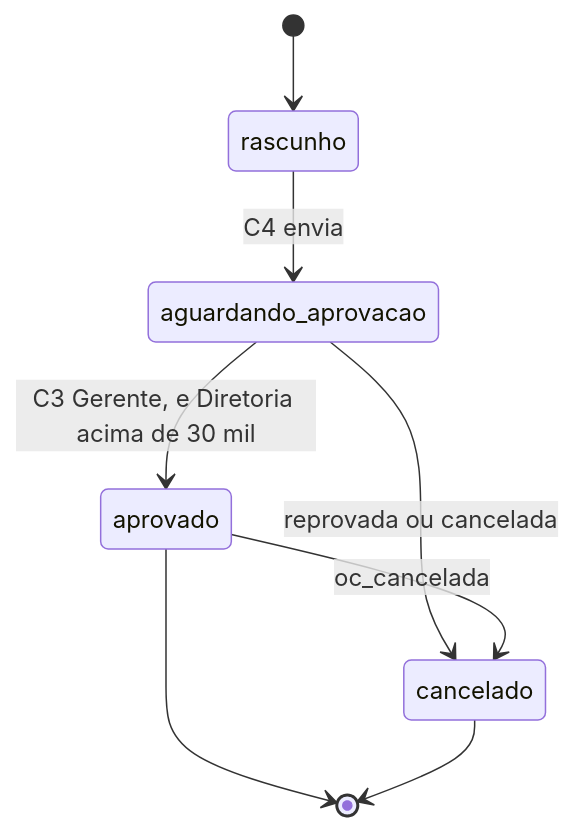
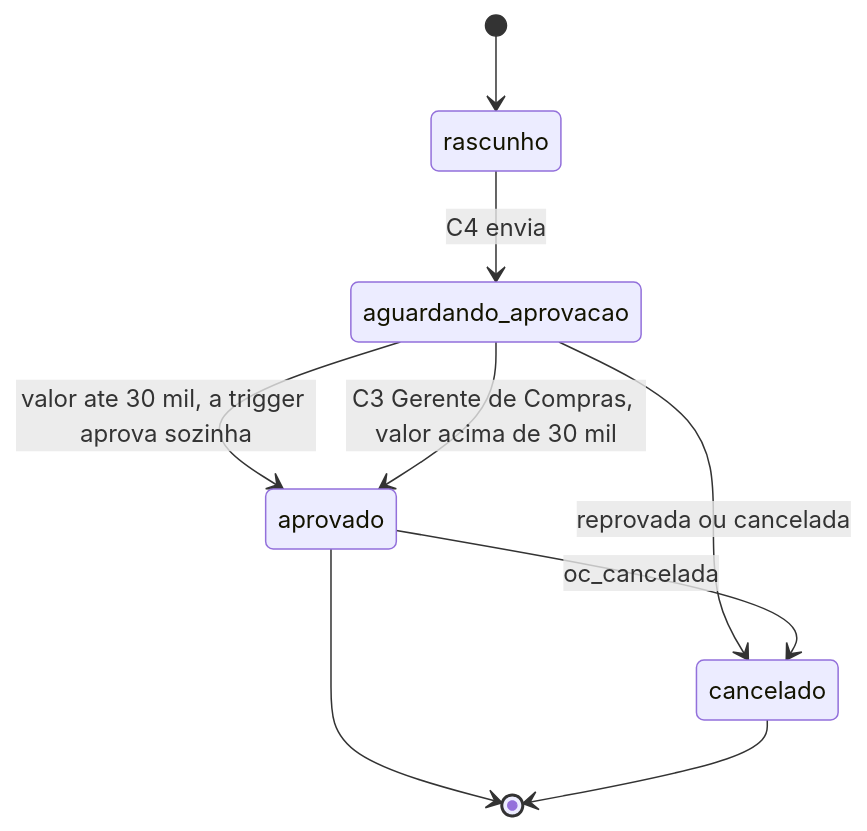
Before and after one commit to Acosvital/vault-avhub-mer: the ninth of 12 diagrams in 09-Diagramas/Estados.md, drawn with Mermaid. The commit also changed other lines of this file and 34 other files, not shown here.

````diff
--- a/09-Diagramas/Estados.md
+++ b/09-Diagramas/Estados.md
@@ -182,10 +182,11 @@
 ```mermaid
 stateDiagram-v2
     [*] --> rascunho
     rascunho --> aguardando_aprovacao : C4 envia
-    aguardando_aprovacao --> aprovado : C3 Gerente, e Diretoria acima de 30 mil
+    aguardando_aprovacao --> aprovado : valor ate 30 mil, a trigger aprova sozinha
+    aguardando_aprovacao --> aprovado : C3 Gerente de Compras, valor acima de 30 mil
     aguardando_aprovacao --> cancelado : reprovada ou cancelada
     aprovado --> cancelado : oc_cancelada
     aprovado --> [*]
     cancelado --> [*]
 ```
````
